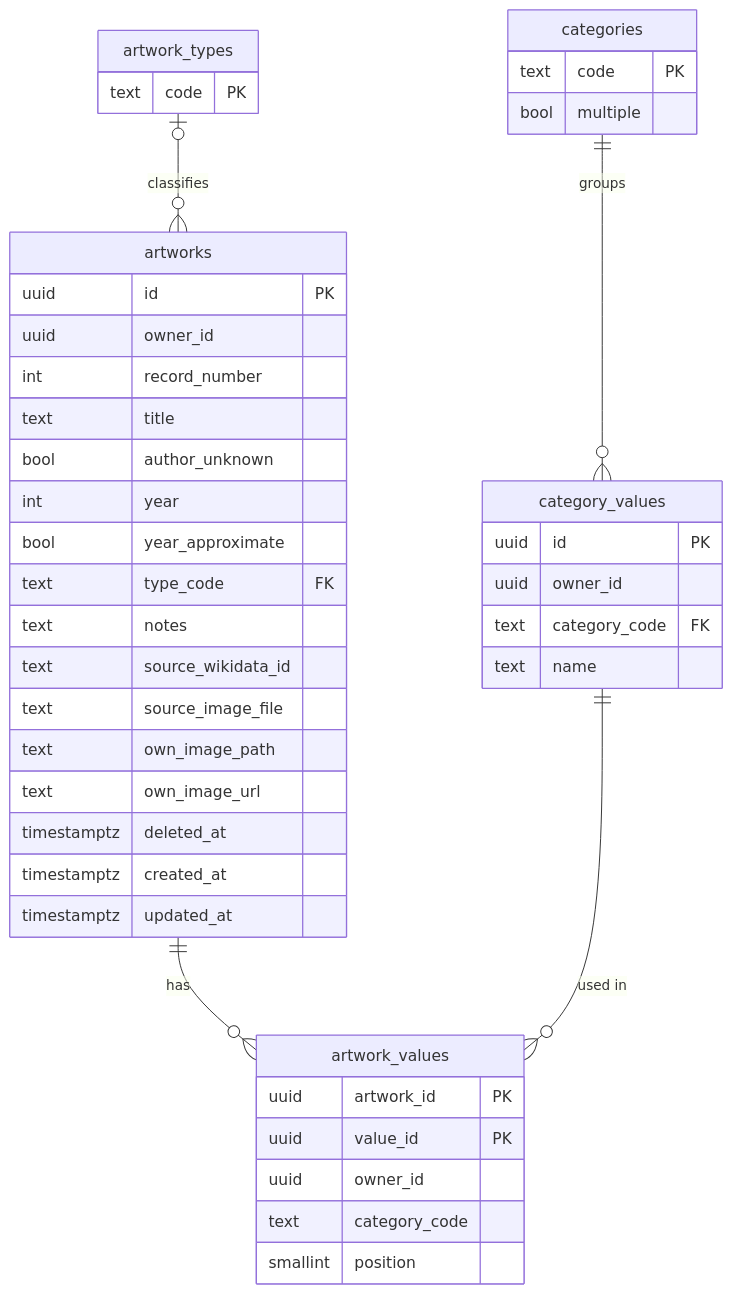
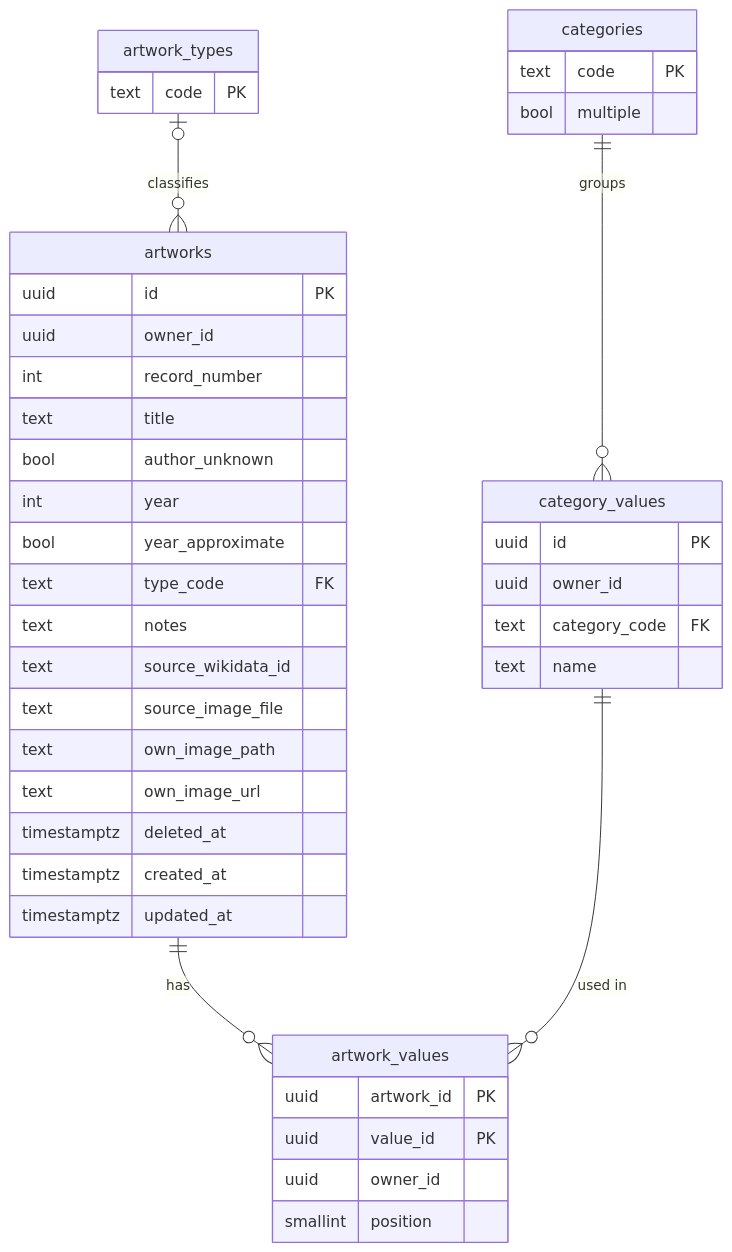
Before and after one commit to kamil-nawrot/study-atelier: the diagram in docs/decisions/0014-artwork-collection-data-model.md, drawn with Mermaid. The commit also changed 1 other file, not shown here.

Commit message:
refactor(db): drop the duplicated category code from artwork values
The category of a link follows from its value, so artwork_values keeps
only the value reference; the one-location check reads the category
from category_values.

Refs: ATL-17

````diff
--- a/docs/decisions/0014-artwork-collection-data-model.md
+++ b/docs/decisions/0014-artwork-collection-data-model.md
@@ -47,45 +47,44 @@
 ```mermaid
 erDiagram
     artworks ||--o{ artwork_values : has
     category_values ||--o{ artwork_values : "used in"
     categories ||--o{ category_values : groups
     artwork_types |o--o{ artworks : classifies
     artworks {
         uuid id PK
         uuid owner_id
         int record_number
         text title
         bool author_unknown
         int year
         bool year_approximate
         text type_code FK
         text notes
         text source_wikidata_id
         text source_image_file
         text own_image_path
         text own_image_url
         timestamptz deleted_at
         timestamptz created_at
         timestamptz updated_at
     }
     category_values {
         uuid id PK
         uuid owner_id
         text category_code FK
         text name
     }
     artwork_values {
         uuid artwork_id PK
         uuid value_id PK
         uuid owner_id
-        text category_code
         smallint position
     }
     categories {
         text code PK
         bool multiple
     }
     artwork_types {
         text code PK
     }
 ```
````
